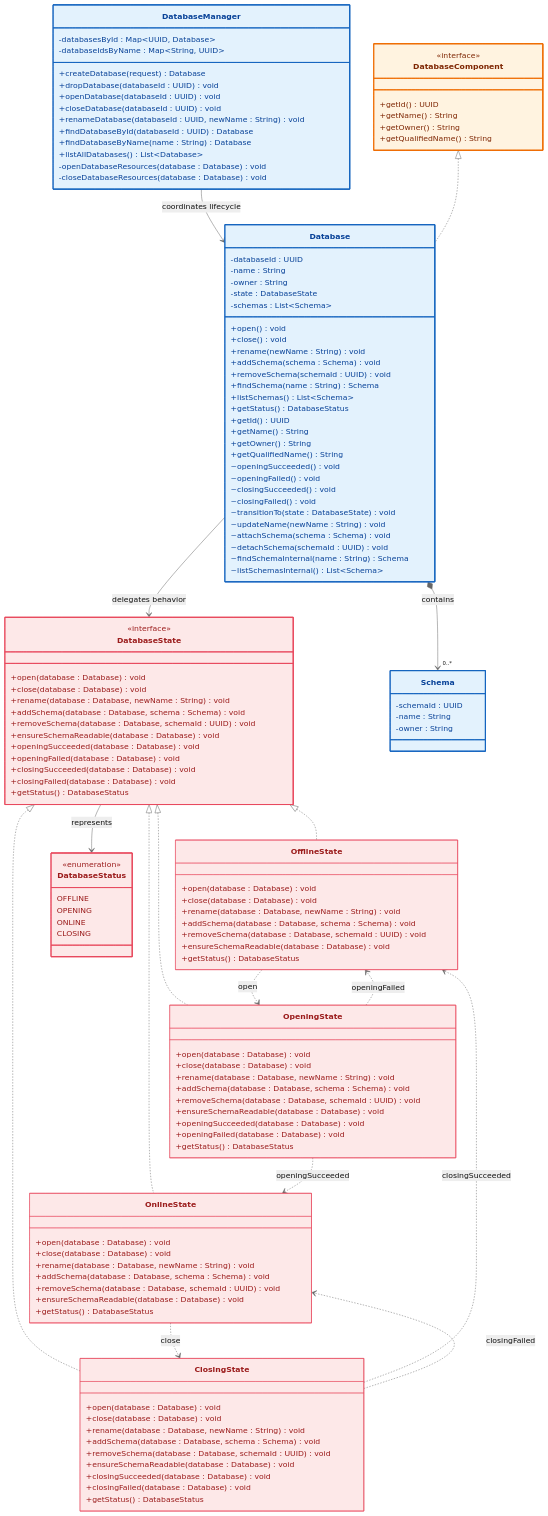
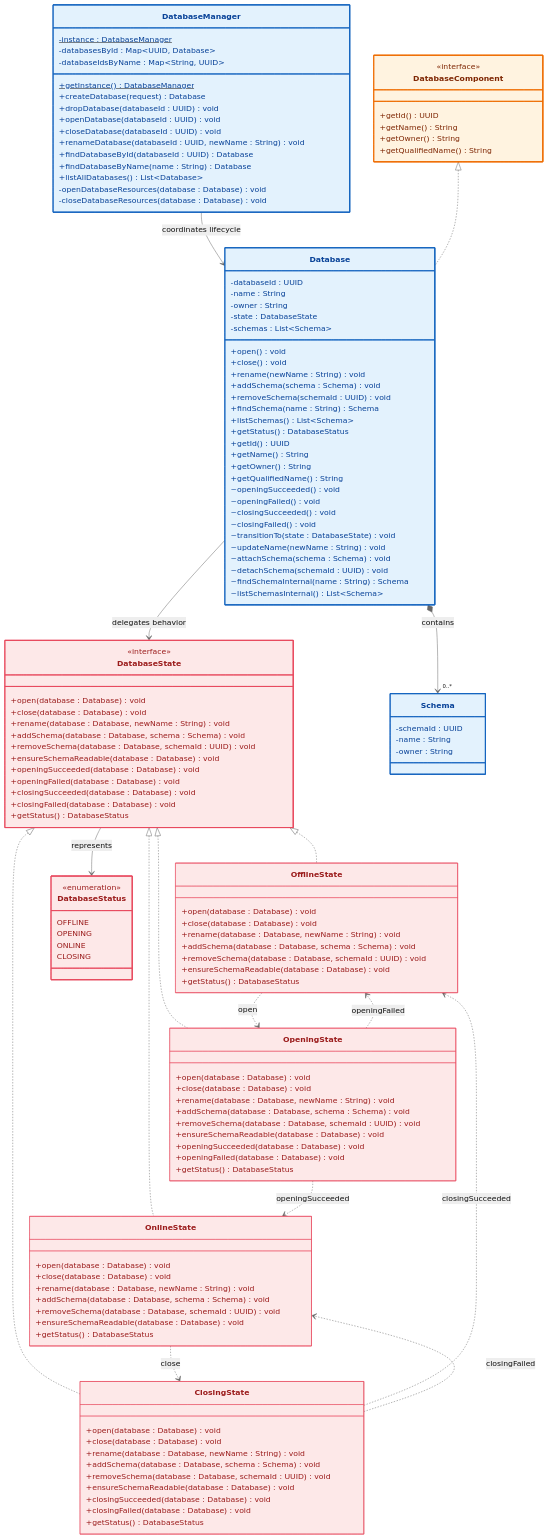
Before and after one commit to Huy1801214/dbms-architecture: the third of 16 diagrams in docs/pattern/README.md, drawn with Mermaid (neutral theme). The commit also changed other lines of this file and 5 other files, not shown here.

```diff
--- a/docs/pattern/README.md
+++ b/docs/pattern/README.md
@@ -1199,9 +1201,11 @@
 %% =====================================================
 
 class DatabaseManager {
+    -instance : DatabaseManager$
     -databasesById : Map~UUID, Database~
     -databaseIdsByName : Map~String, UUID~
 
+    +getInstance() DatabaseManager$
     +createDatabase(request) Database
     +dropDatabase(databaseId : UUID) void
 
```
